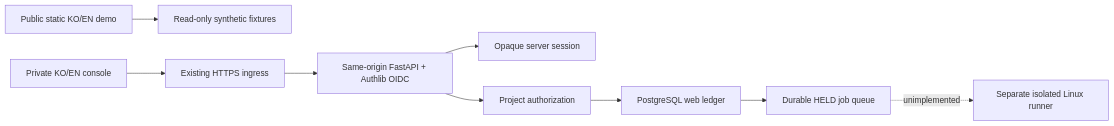
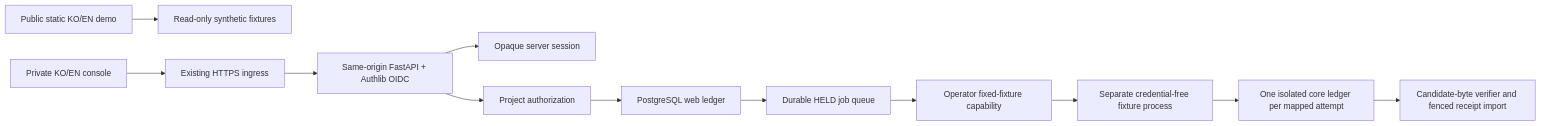
One commit to yjj3019/IntelligenceAI changed the diagram in docs/web-architecture.md. Above: the diagram before and after it, drawn with Mermaid. The commit also changed other lines of this file and 23 other files, not shown here.

Commit message:
Connect durable web inbox to fixed-fixture core runner

````diff
--- a/docs/web-architecture.md
+++ b/docs/web-architecture.md
@@ -5,11 +5,14 @@
 ```mermaid
 flowchart LR
     Public[Public static KO/EN demo] --> Synthetic[Read-only synthetic fixtures]
     Browser[Private KO/EN console] --> Ingress[Existing HTTPS ingress]
     Ingress --> API[Same-origin FastAPI + Authlib OIDC]
     API --> Session[Opaque server session]
     API --> Grant[Project authorization]
     Grant --> Ledger[PostgreSQL web ledger]
     Ledger --> Queue[Durable HELD job queue]
-    Queue -. unimplemented .-> Runner[Separate isolated Linux runner]
+    Queue --> Capability[Operator fixed-fixture capability]
+    Capability --> Runner[Separate credential-free fixture process]
+    Runner --> Core[One isolated core ledger per mapped attempt]
+    Core --> Verifier[Candidate-byte verifier and fenced receipt import]
 ```
````
